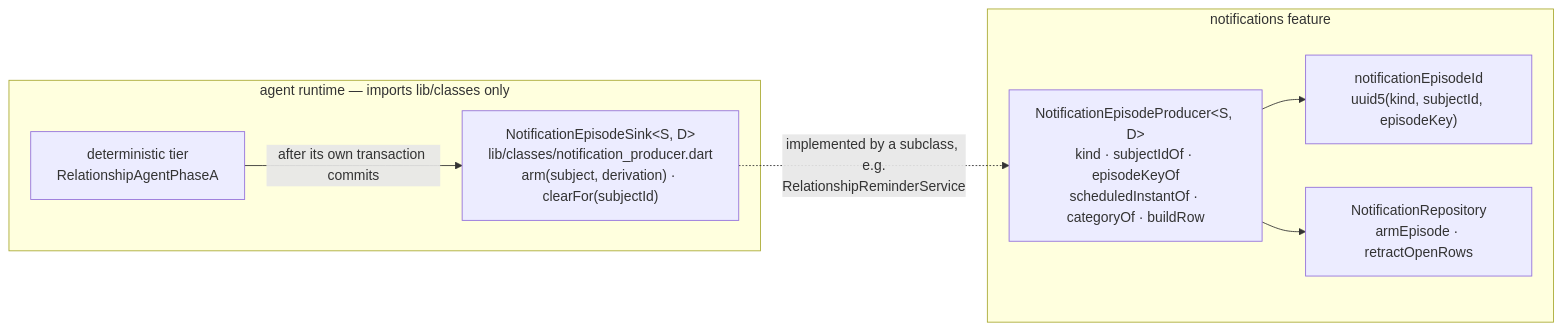
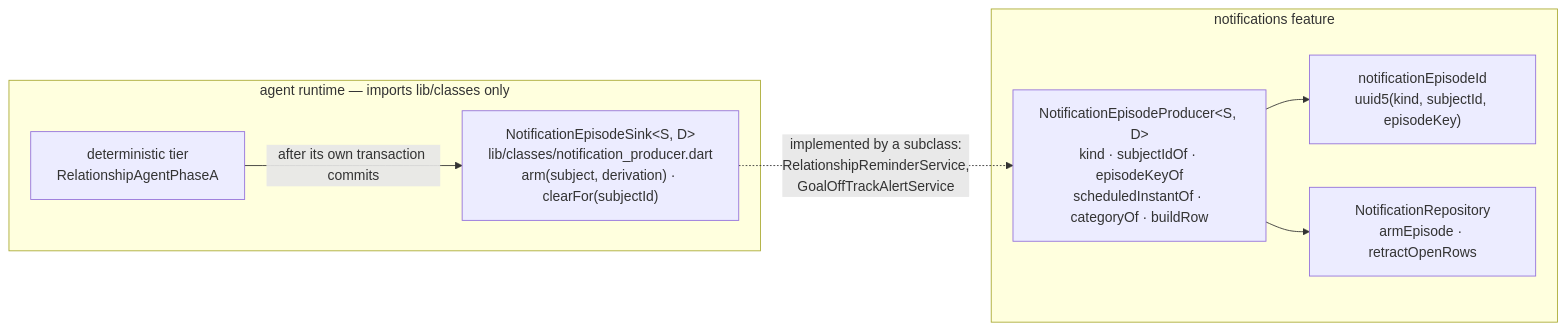
The sixth of 6 diagrams in knowledge/features/notifications.md (matthiasn/lotti), drawn with Mermaid before and after one commit. The commit also changed other lines of this file and 47 other files, not shown here.

Commit message:
feat(goals): alert on the OS channel when a goal slips

````diff
--- a/knowledge/features/notifications.md
+++ b/knowledge/features/notifications.md
@@ -462,16 +465,16 @@
 ```mermaid
 flowchart LR
   subgraph runtime["agent runtime — imports lib/classes only"]
     PA["deterministic tier<br/>RelationshipAgentPhaseA"]
     SINK["NotificationEpisodeSink&lt;S, D&gt;<br/>lib/classes/notification_producer.dart<br/>arm(subject, derivation) · clearFor(subjectId)"]
     PA -- "after its own transaction commits" --> SINK
   end
   subgraph feature["notifications feature"]
     BASE["NotificationEpisodeProducer&lt;S, D&gt;<br/>kind · subjectIdOf · episodeKeyOf<br/>scheduledInstantOf · categoryOf · buildRow"]
     ID["notificationEpisodeId<br/>uuid5(kind, subjectId, episodeKey)"]
     REPO["NotificationRepository<br/>armEpisode · retractOpenRows"]
     BASE --> ID
     BASE --> REPO
   end
-  SINK -. "implemented by a subclass, e.g.<br/>RelationshipReminderService" .-> BASE
+  SINK -. "implemented by a subclass:<br/>RelationshipReminderService,<br/>GoalOffTrackAlertService" .-> BASE
 ```
````
